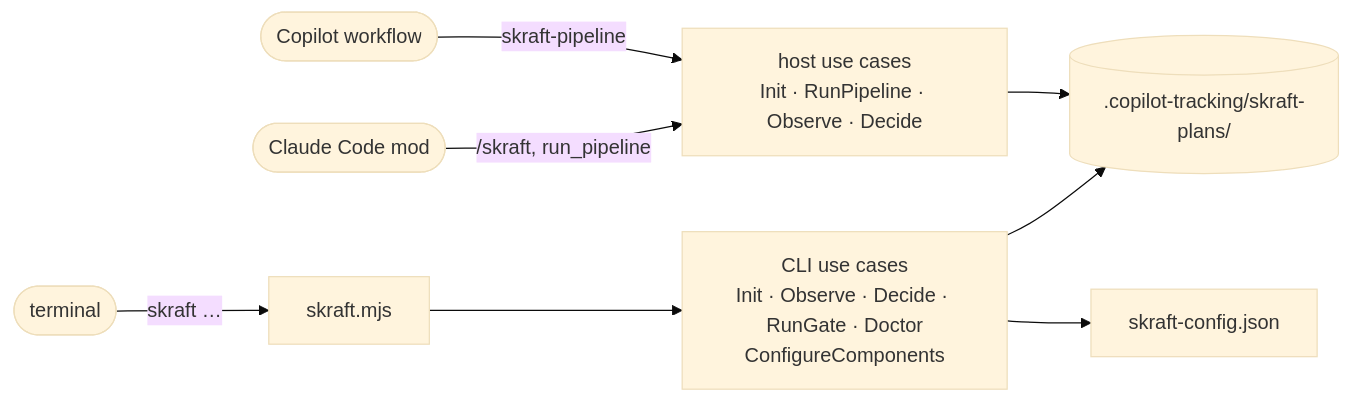
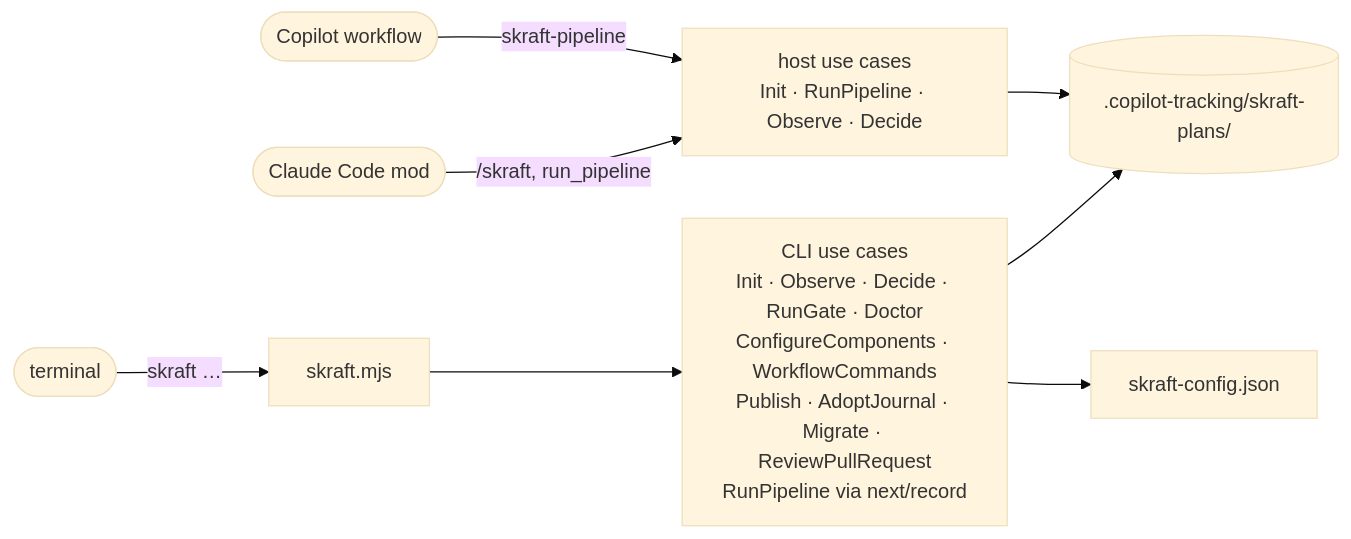
The first of 4 diagrams in docs/site/en/reference/cli.md (SebastienDegodez/skraft-plugin), drawn with Mermaid (base theme) before and after one commit. The commit also changed other lines of this file and 34 other files, not shown here.

First line of the commit message:
docs: la documentation décrit la V2 (README, architecture, site FR/EN, référence CLI) (#288)

````diff
--- a/docs/site/en/reference/cli.md
+++ b/docs/site/en/reference/cli.md
@@ -40,11 +41,11 @@
 ```mermaid
 flowchart LR
     T([terminal]) -->|skraft …| CLI[skraft.mjs]
     M([Claude Code mod]) -->|/skraft, run_pipeline| HP
     W([Copilot workflow]) -->|skraft-pipeline| HP
-    CLI --> UC[CLI use cases<br/>Init · Observe · Decide · RunGate · Doctor<br/>ConfigureComponents]
+    CLI --> UC[CLI use cases<br/>Init · Observe · Decide · RunGate · Doctor<br/>ConfigureComponents · WorkflowCommands<br/>Publish · AdoptJournal · Migrate · ReviewPullRequest<br/>RunPipeline via next/record]
     HP[host use cases<br/>Init · RunPipeline · Observe · Decide]
     UC --> J[(.copilot-tracking/skraft-plans/)]
     HP --> J
     UC --> C[skraft-config.json]
 ```
````
